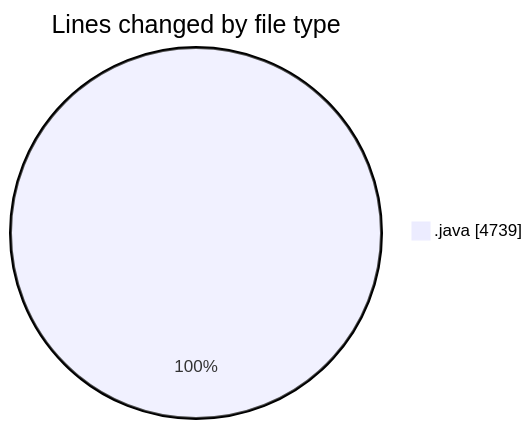
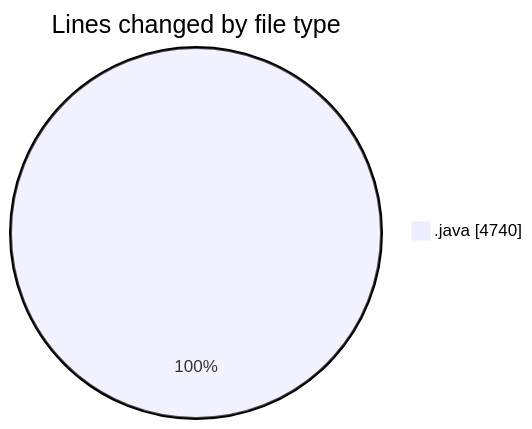
Before and after one commit to ricardozamudiocil/code-tracking: the first of 2 diagrams in 2026-04-01/cilapp/README.md, drawn with Mermaid. The commit also changed other lines of this file and 1 other file, not shown here.

````diff
--- a/2026-04-01/cilapp/README.md
+++ b/2026-04-01/cilapp/README.md
@@ -24,5 +25,5 @@
 ```mermaid
 pie showData
 title Lines changed by file type
-".java" : 4739
+".java" : 4740
 ```
````
